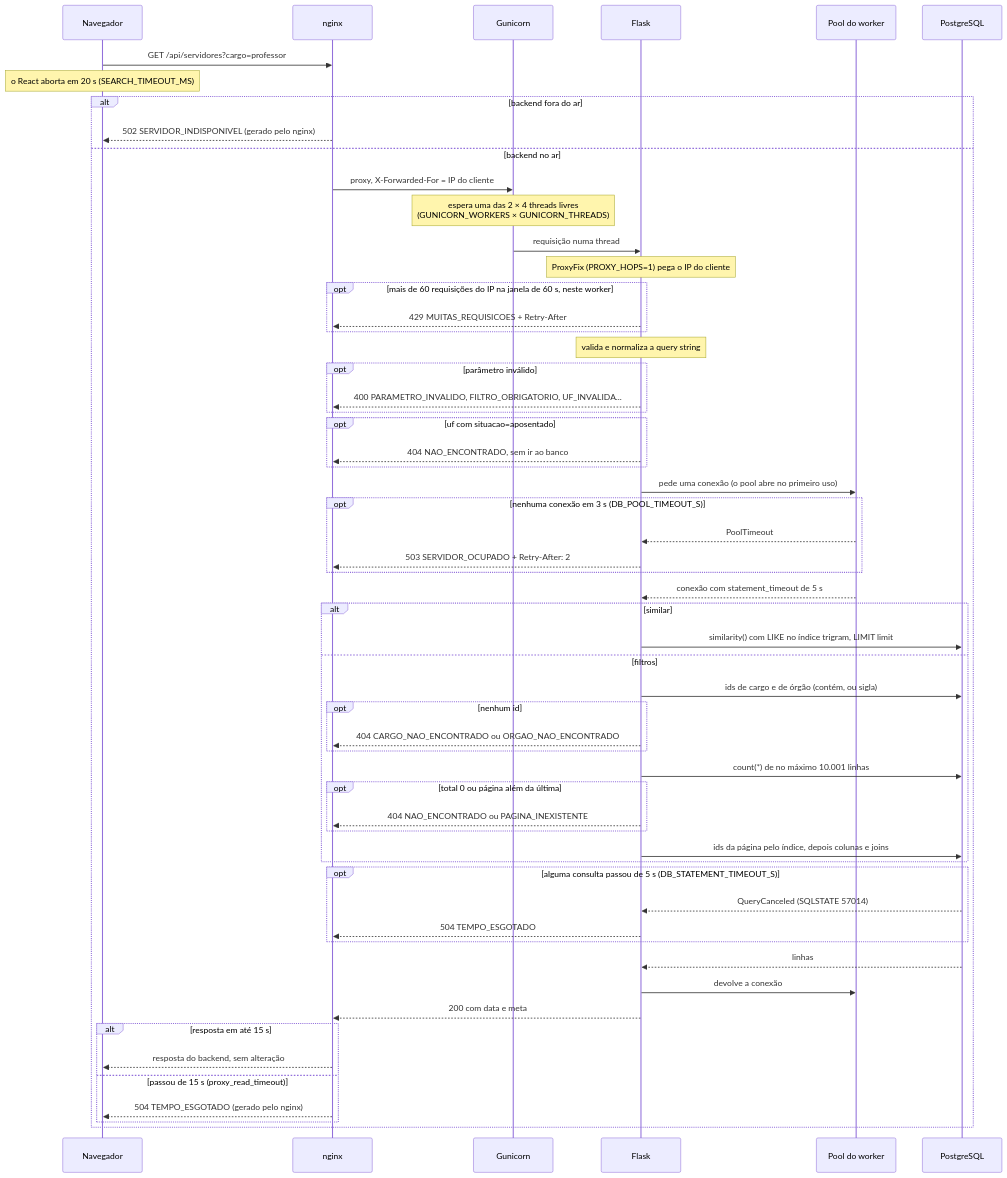
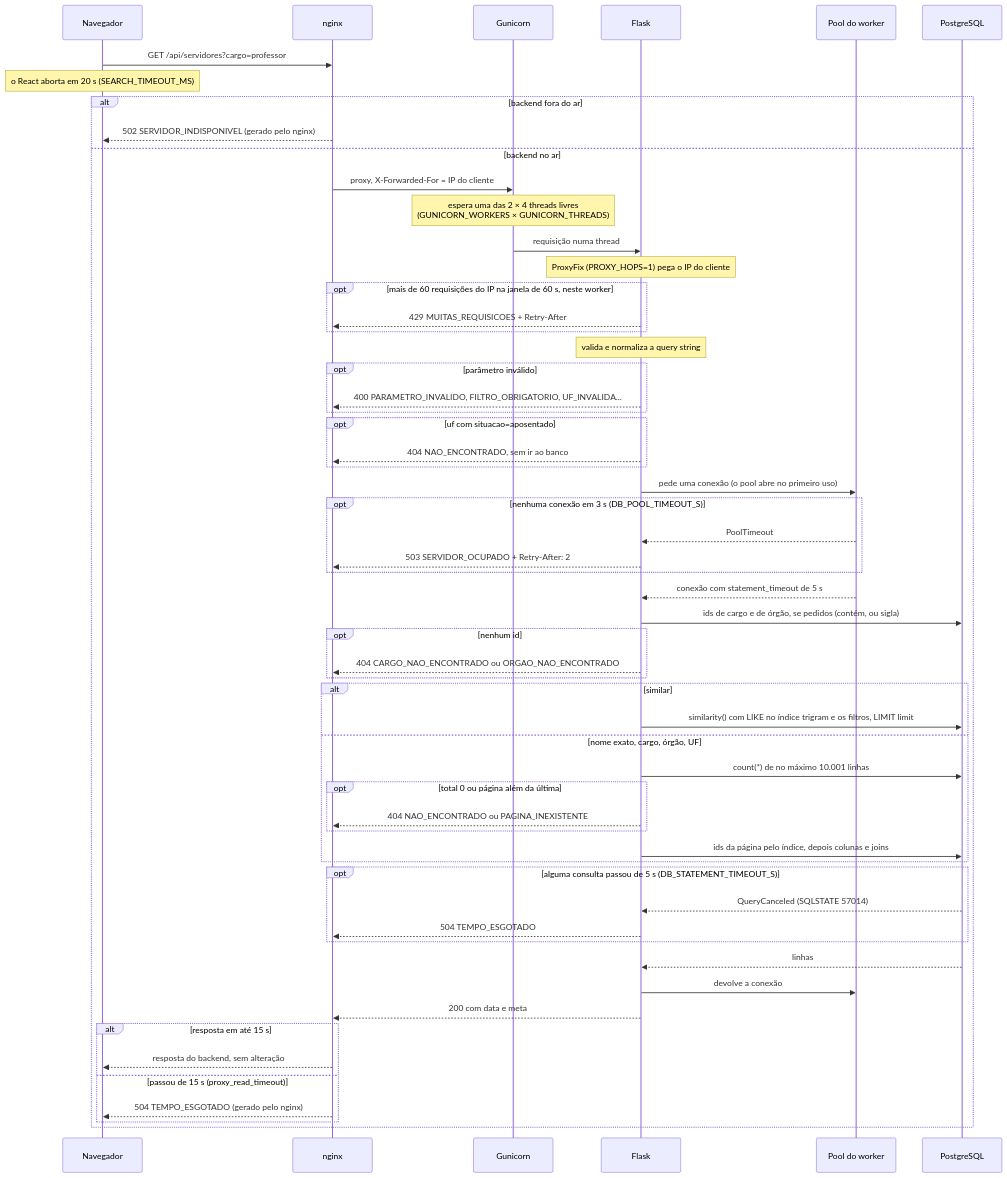
Before and after one commit to cerfdotdev/radar-publico: the second of 5 diagrams in docs/arquitetura.md, drawn with Mermaid. The commit also changed other lines of this file, not shown here.

Commit message:
docs: arquitetura com o detalhe e o similar com filtros do #58
O PR #58 (issue #52) entrou na main: a rota de detalhe existe, o similar combina com os outros filtros e page/per_page com similar dão 400. O diagrama da busca passa a resolver os ids de cargo e órgão antes dos dois caminhos.

Refs #53

````diff
--- a/docs/arquitetura.md
+++ b/docs/arquitetura.md
@@ -83,61 +83,61 @@
 ```mermaid
 sequenceDiagram
     participant B as Navegador
     participant N as nginx
     participant G as Gunicorn
     participant F as Flask
     participant P as Pool do worker
     participant D as PostgreSQL
 
     B->>N: GET /api/servidores?cargo=professor
     Note over B: o React aborta em 20 s (SEARCH_TIMEOUT_MS)
     alt backend fora do ar
         N-->>B: 502 SERVIDOR_INDISPONIVEL (gerado pelo nginx)
     else backend no ar
         N->>G: proxy, X-Forwarded-For = IP do cliente
         Note over G: espera uma das 2 × 4 threads livres<br/>(GUNICORN_WORKERS × GUNICORN_THREADS)
         G->>F: requisição numa thread
         Note over F: ProxyFix (PROXY_HOPS=1) pega o IP do cliente
         opt mais de 60 requisições do IP na janela de 60 s, neste worker
             F-->>N: 429 MUITAS_REQUISICOES + Retry-After
         end
         Note over F: valida e normaliza a query string
         opt parâmetro inválido
             F-->>N: 400 PARAMETRO_INVALIDO, FILTRO_OBRIGATORIO, UF_INVALIDA...
         end
         opt uf com situacao=aposentado
             F-->>N: 404 NAO_ENCONTRADO, sem ir ao banco
         end
         F->>P: pede uma conexão (o pool abre no primeiro uso)
         opt nenhuma conexão em 3 s (DB_POOL_TIMEOUT_S)
             P-->>F: PoolTimeout
             F-->>N: 503 SERVIDOR_OCUPADO + Retry-After: 2
         end
         P-->>F: conexão com statement_timeout de 5 s
+        F->>D: ids de cargo e de órgão, se pedidos (contém, ou sigla)
+        opt nenhum id
+            F-->>N: 404 CARGO_NAO_ENCONTRADO ou ORGAO_NAO_ENCONTRADO
+        end
         alt similar
-            F->>D: similarity() com LIKE no índice trigram, LIMIT limit
-        else filtros
-            F->>D: ids de cargo e de órgão (contém, ou sigla)
-            opt nenhum id
-                F-->>N: 404 CARGO_NAO_ENCONTRADO ou ORGAO_NAO_ENCONTRADO
-            end
+            F->>D: similarity() com LIKE no índice trigram e os filtros, LIMIT limit
+        else nome exato, cargo, órgão, UF
             F->>D: count(*) de no máximo 10.001 linhas
             opt total 0 ou página além da última
                 F-->>N: 404 NAO_ENCONTRADO ou PAGINA_INEXISTENTE
             end
             F->>D: ids da página pelo índice, depois colunas e joins
         end
         opt alguma consulta passou de 5 s (DB_STATEMENT_TIMEOUT_S)
             D-->>F: QueryCanceled (SQLSTATE 57014)
             F-->>N: 504 TEMPO_ESGOTADO
         end
         D-->>F: linhas
         F->>P: devolve a conexão
         F-->>N: 200 com data e meta
         alt resposta em até 15 s
             N-->>B: resposta do backend, sem alteração
         else passou de 15 s (proxy_read_timeout)
             N-->>B: 504 TEMPO_ESGOTADO (gerado pelo nginx)
         end
     end
 ```
````
